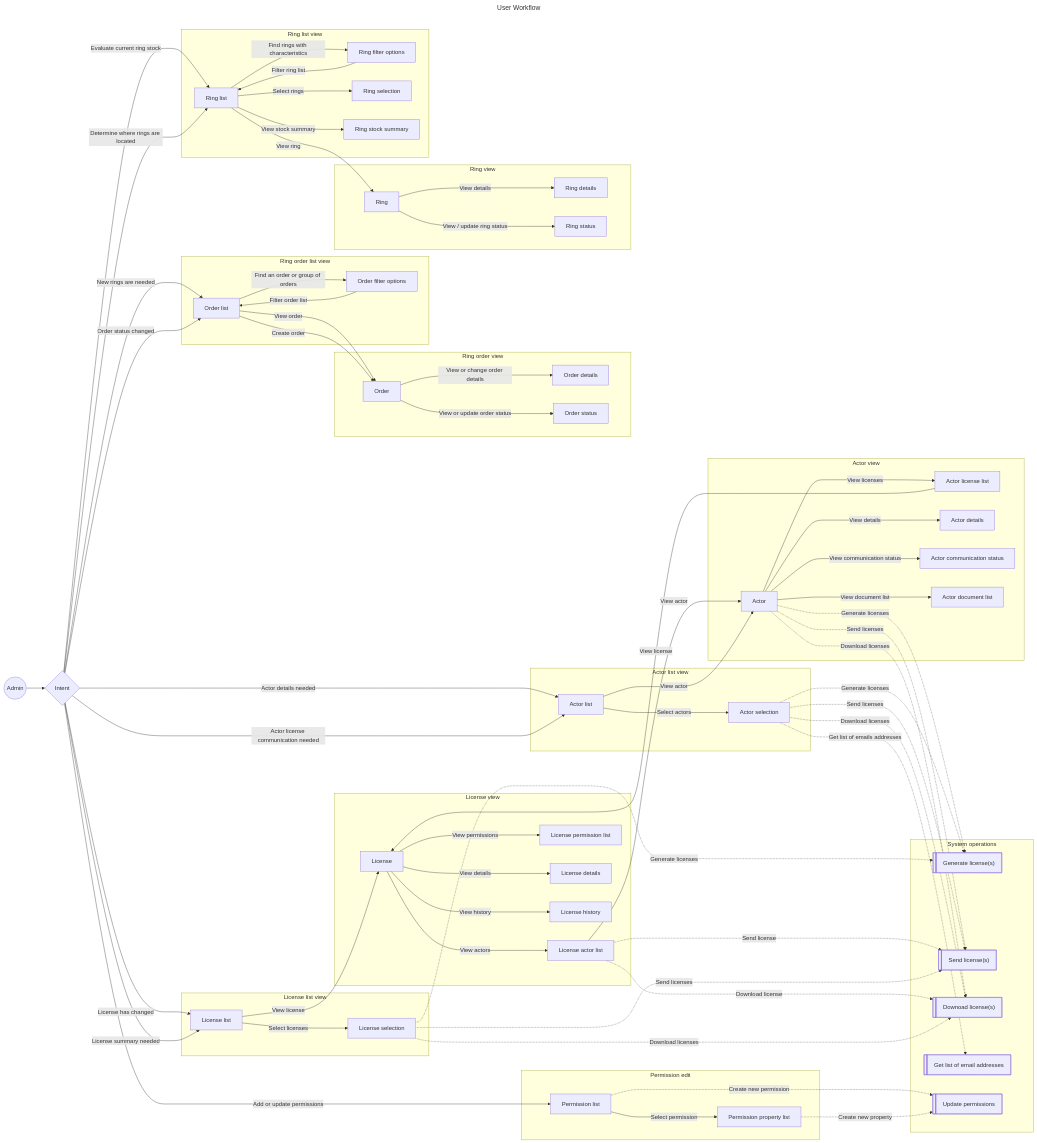
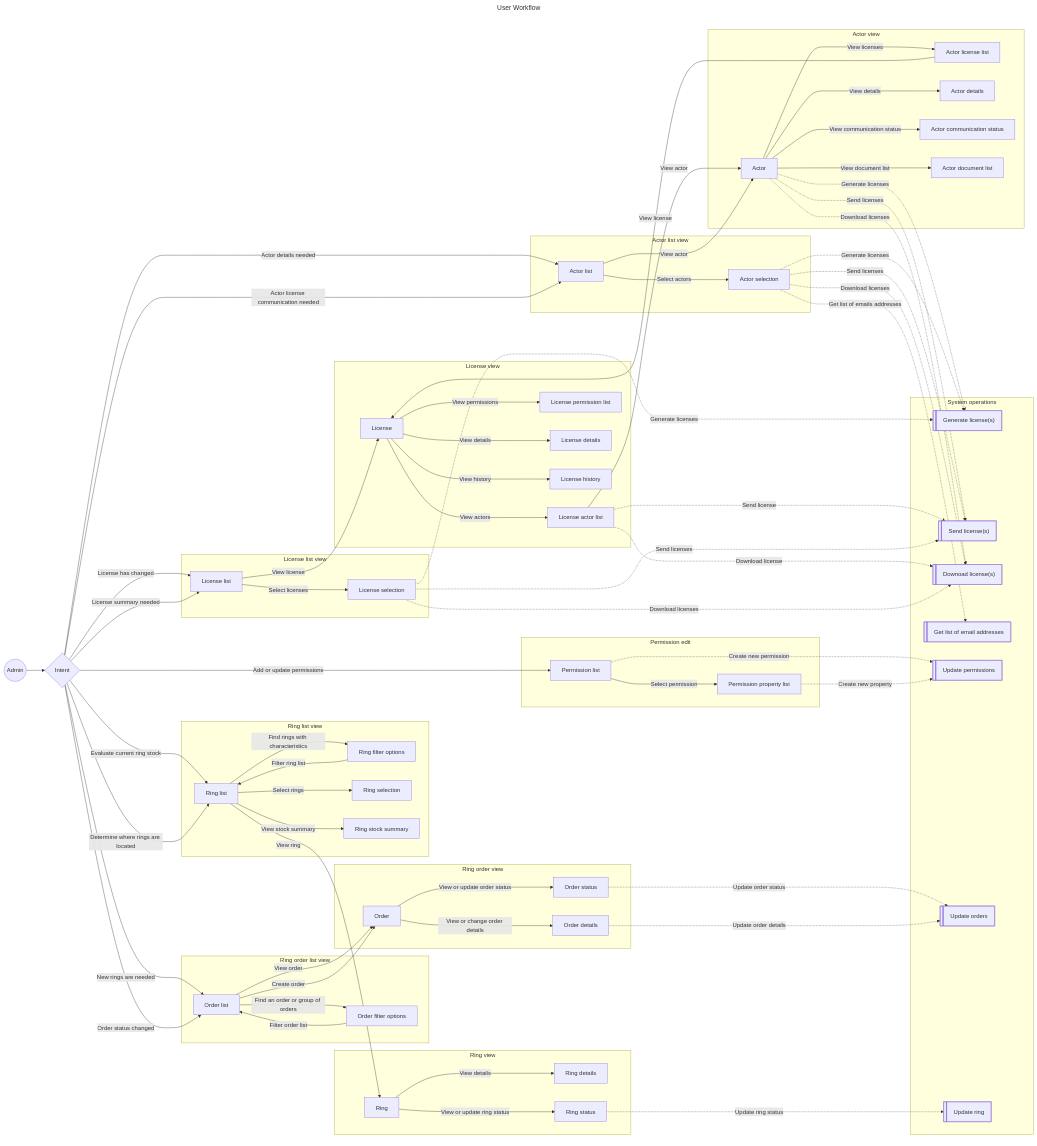
One commit to pdmnyberg/ui-examples changed the diagram in ui-examples/public/diagrams/bird-ringing-user-workflow.mermaid. Above: the diagram before and after it, drawn with Mermaid.

Commit message:
fix: add system operations for rings and ring orders

```diff
--- a/ui-examples/public/diagrams/bird-ringing-user-workflow.mermaid
+++ b/ui-examples/public/diagrams/bird-ringing-user-workflow.mermaid
@@ -1,155 +1,160 @@
 ---
 title: User Workflow
 descriptions: 
 - title: Actor
   content: An actor is either a 'Ringer', a 'Helper' or an 'Associate'
 - title: Admin
   content: Admin is the ringer license administrator working with managing commincation regarding active licenses
 - title: Actor selection
   content: Selections are assumed to involve some filtering or search for items but the details on which filters are necessary are left out to simplify the workflow
 - title: System operations
   content: |
    System operations are operations performed by the system which generally generate some output
 
    When operations are performed on licenses it is generally assumed that they are performed on all actors assigned to the selected licenses, that are relevant for the selected operation
 ---
 
 flowchart LR
     admin@{ shape: circle, label: "Admin" }
     intent@{ shape: diamond, label: "Intent" }
 
     subgraph license_group[" "]
       subgraph license_list_view["License list view"]
           llist[License list]
           lselection[License selection]
       end
 
       subgraph license_view["License view"]
           license[License]
           lalist[License actor list]
           lplist[License permission list]
           ldetails[License details]
           lhistory[License history]
       end
     end
     style license_group fill:transparent,stroke:transparent,color:transparent
 
     subgraph system_operations["System operations"]
         lgenerate@{ shape: lin-rect , label: "Generate license(s)"}
         lsend@{ shape: lin-rect , label: "Send license(s)"}
         ldownload@{ shape: lin-rect , label: "Downoad license(s)"}
         listemails@{ shape: lin-rect , label: "Get list of email addresses"}
         permissionupdate@{ shape: lin-rect , label: "Update permissions"}
+        orderupdate@{ shape: lin-rect , label: "Update orders"}
+        ringupdate@{ shape: lin-rect , label: "Update ring"}
     end
 
     subgraph actor_group[" "]
       subgraph actor_list_view["Actor list view"]
           alist[Actor list]
           aselection[Actor selection]
       end
 
       subgraph actor_view["Actor view"]
           actor[Actor]
           allist[Actor license list]
           adetails[Actor details]
           acomstatus[Actor communication status]
           adlist[Actor document list]
       end
     end
     style actor_group fill:transparent,stroke:transparent,color:transparent
 
     subgraph permission_edit["Permission edit"]
       permissionlist[Permission list]
       permissionpropertylist[Permission property list]
     end
 
     subgraph ring_group[" "]
       subgraph ring_order_list["Ring order list view"]
         orderlist[Order list]
         orderfilter[Order filter options]
       end
 
       subgraph ring_order["Ring order view"]
         order[Order]
         orderdetails[Order details]
         orderstatus[Order status]
       end
 
       subgraph ring_view["Ring view"]
           ring[Ring]
           ringdetails[Ring details]
           ringstatus[Ring status]
       end
 
       subgraph ring_list_view["Ring list view"]
           ringlist[Ring list]
           ringfilter[Ring filter options]
           ringselection[Ring selection]
           ringstocksummary[Ring stock summary]
       end
     end
     style ring_group fill:transparent,stroke:transparent,color:transparent
     
 
     admin --> intent
     intent -- "License has changed" --> llist
     intent -- "License summary needed" --> llist
     intent -- "Add or update permissions" --> permissionlist
     llist -- "Select licenses" --> lselection
     llist -- "View license" --> license
 
     intent -- "Actor details needed" --> alist
     intent -- "Actor license communication needed" --> alist
     alist -- "Select actors" --> aselection
     alist -- "View actor" --> actor
 
     license -- "View actors" --> lalist
     lalist -- "View actor" --> actor
     license -- "View permissions" --> lplist
     license -- "View details" --> ldetails
     license -- "View history" --> lhistory
 
     lalist -. "Send license" .-> lsend
     lalist -. "Download license" .-> ldownload
 
     permissionlist -- "Select permission" --> permissionpropertylist
     permissionlist -. "Create new permission" .-> permissionupdate
     permissionpropertylist -. "Create new property" .-> permissionupdate
 
     lselection -. "Generate licenses" .-> lgenerate
     lselection -. "Send licenses" .-> lsend
     lselection -. "Download licenses" .-> ldownload
 
     actor -. "Generate licenses" .-> lgenerate
     actor -. "Send licenses" .-> lsend
     actor -. "Download licenses" .-> ldownload
     actor -- "View licenses" --> allist
     actor -- "View details" --> adetails
     actor -- "View communication status" --> acomstatus
     actor -- "View document list" --> adlist
     allist -- "View license" --> license
 
     aselection -. "Generate licenses" .-> lgenerate
     aselection -. "Send licenses" .-> lsend
     aselection -. "Download licenses" .-> ldownload
     aselection -. "Get list of emails addresses" .-> listemails
 
     intent -- "Evaluate current ring stock" --> ringlist
     intent -- "Determine where rings are located" --> ringlist
     ringlist -- "Find rings with characteristics" --> ringfilter
     ringfilter -- "Filter ring list" --> ringlist
     ringlist -- "View ring" --> ring
     ringlist -- "Select rings" --> ringselection
     ringlist -- "View stock summary" --> ringstocksummary
     ring -- "View details" --> ringdetails
-    ring -- "View / update ring status" --> ringstatus
+    ring -- "View or update ring status" --> ringstatus
+    ringstatus -. "Update ring status" .-> ringupdate
 
 
     intent -- "New rings are needed" --> orderlist
     intent -- "Order status changed" --> orderlist
     orderlist -- "Find an order or group of orders" --> orderfilter
     orderfilter -- "Filter order list" --> orderlist
     orderlist -- "View order" --> order
     orderlist -- "Create order" --> order
     order -- "View or update order status" --> orderstatus
     order -- "View or change order details" --> orderdetails
+    orderstatus -. "Update order status" .-> orderupdate
+    orderdetails -. "Update order details" .-> orderupdate
```
